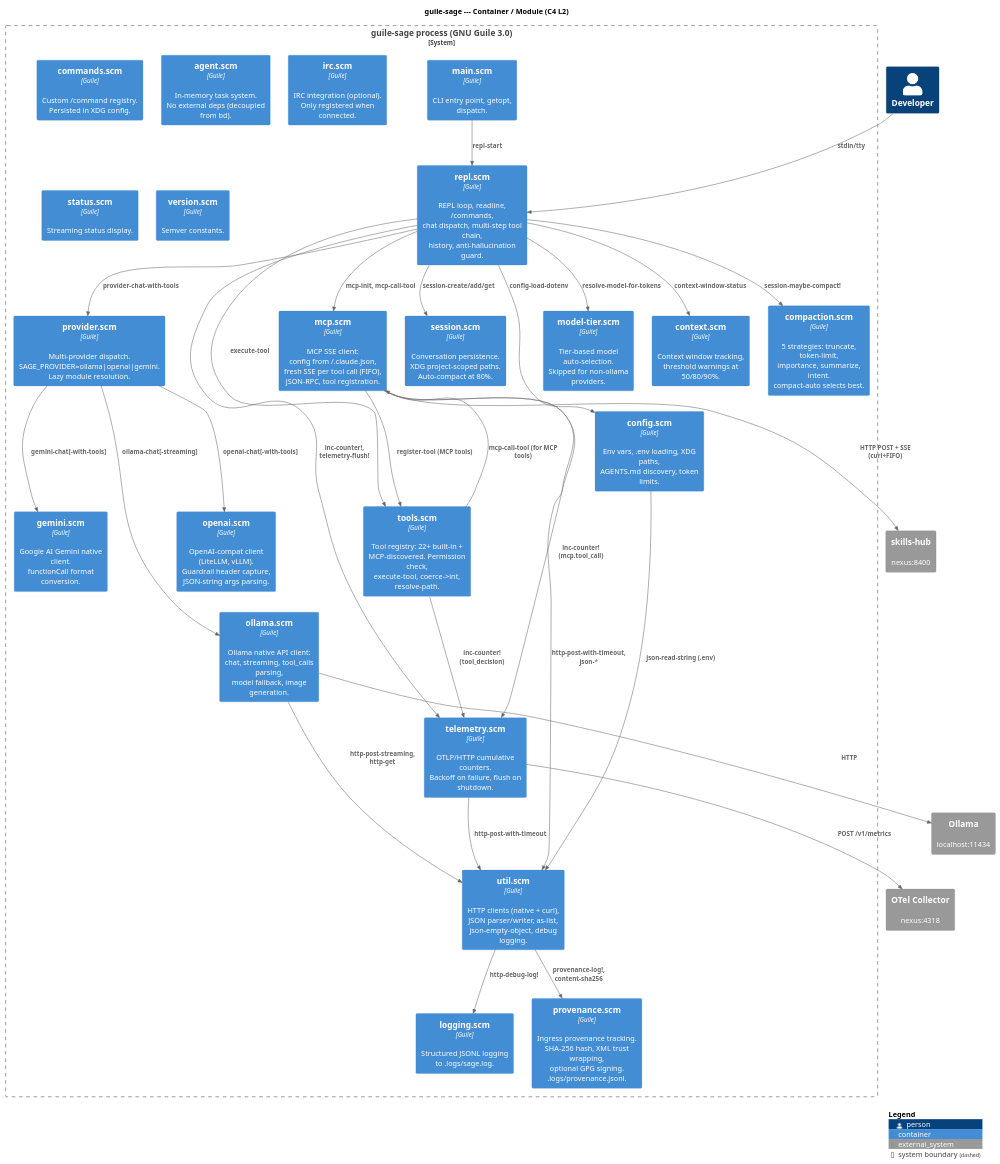
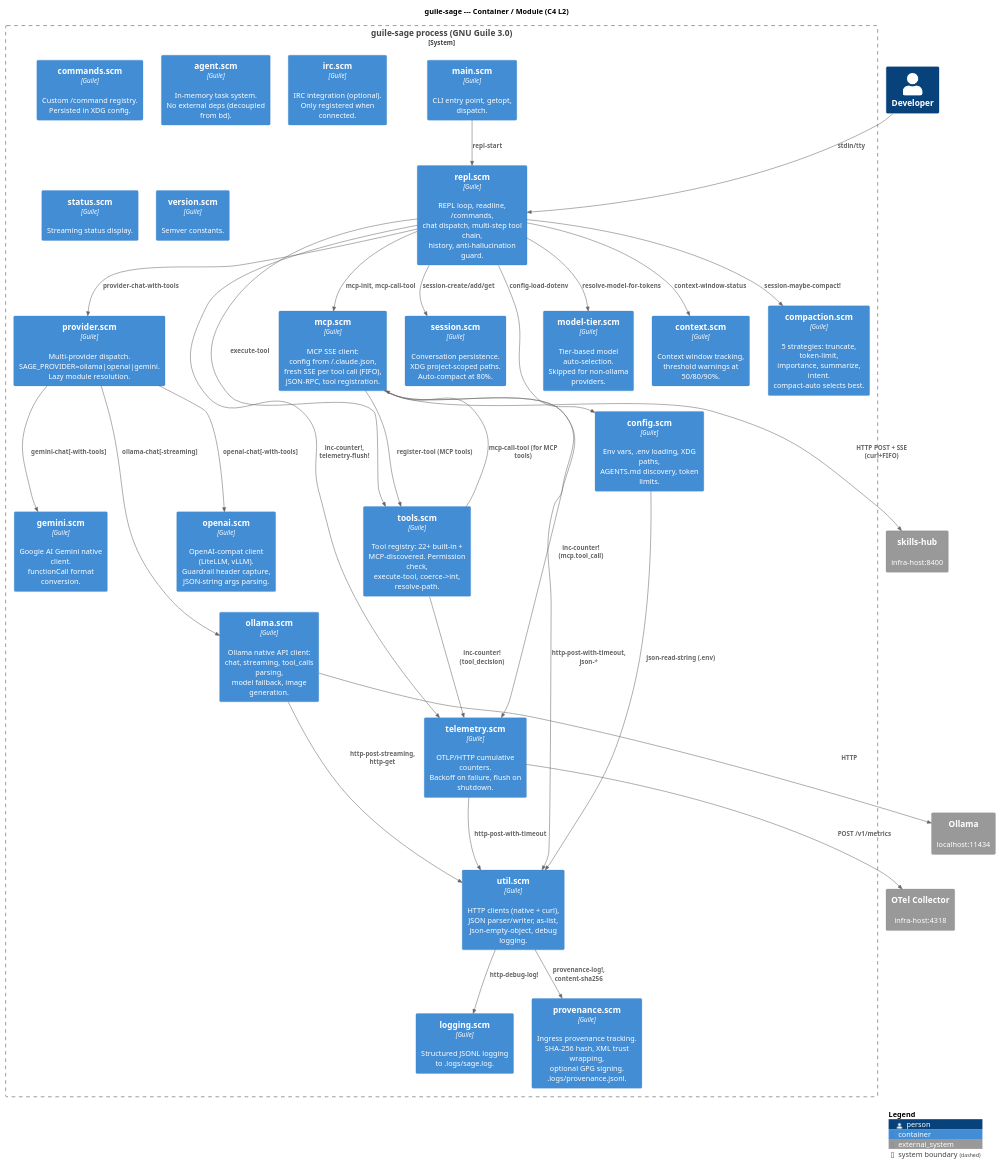
Before and after one commit to dsp-dr/guile-sage: the second of 5 diagrams in docs/ARCHITECTURE.org, drawn with PlantUML. The commit also changed other lines of this file and 17 other files, not shown here.

```diff
--- a/docs/ARCHITECTURE.org
+++ b/docs/ARCHITECTURE.org
@@ -57,69 +57,69 @@
 #+BEGIN_SRC plantuml :file images/arch-c4-l2.png
 @startuml arch-c4-l2
 !include https://raw.githubusercontent.com/plantuml-stdlib/C4-PlantUML/master/C4_Container.puml
 
 title guile-sage --- Container / Module (C4 L2)
 
 Person(user, "Developer")
 
 System_Boundary(sage, "guile-sage process (GNU Guile 3.0)") {
 
   Container(main,        "main.scm",        "Guile", "CLI entry point, getopt, dispatch.")
   Container(repl,        "repl.scm",        "Guile", "REPL loop, readline, /commands,\nchat dispatch, multi-step tool chain,\nhistory, anti-hallucination guard.")
   Container(provider,    "provider.scm",    "Guile", "Multi-provider dispatch.\nSAGE_PROVIDER=ollama|openai|gemini.\nLazy module resolution.")
   Container(ollama_mod,  "ollama.scm",      "Guile", "Ollama native API client:\nchat, streaming, tool_calls parsing,\nmodel fallback, image generation.")
   Container(openai_mod,  "openai.scm",      "Guile", "OpenAI-compat client (LiteLLM, vLLM).\nGuardrail header capture,\nJSON-string args parsing.")
   Container(gemini_mod,  "gemini.scm",      "Guile", "Google AI Gemini native client.\nfunctionCall format conversion.")
   Container(mcp_mod,     "mcp.scm",         "Guile", "MCP SSE client:\nconfig from ~/.claude.json,\nfresh SSE per tool call (FIFO),\nJSON-RPC, tool registration.")
   Container(tools_mod,   "tools.scm",       "Guile", "Tool registry: 22+ built-in +\nMCP-discovered. Permission check,\nexecute-tool, coerce->int, resolve-path.")
   Container(telem_mod,   "telemetry.scm",   "Guile", "OTLP/HTTP cumulative counters.\nBackoff on failure, flush on shutdown.")
   Container(util_mod,    "util.scm",        "Guile", "HTTP clients (native + curl),\nJSON parser/writer, as-list,\njson-empty-object, debug logging.")
   Container(session,     "session.scm",     "Guile", "Conversation persistence.\nXDG project-scoped paths.\nAuto-compact at 80%.")
   Container(config,      "config.scm",      "Guile", "Env vars, .env loading, XDG paths,\nAGENTS.md discovery, token limits.")
   Container(model_tier,  "model-tier.scm",  "Guile", "Tier-based model auto-selection.\nSkipped for non-ollama providers.")
   Container(context,     "context.scm",     "Guile", "Context window tracking,\nthreshold warnings at 50/80/90%.")
   Container(compact,     "compaction.scm",  "Guile", "5 strategies: truncate, token-limit,\nimportance, summarize, intent.\ncompact-auto selects best.")
   Container(commands,    "commands.scm",    "Guile", "Custom /command registry.\nPersisted in XDG config.")
   Container(logging,     "logging.scm",     "Guile", "Structured JSONL logging\nto .logs/sage.log.")
   Container(provenance,  "provenance.scm",  "Guile", "Ingress provenance tracking.\nSHA-256 hash, XML trust wrapping,\noptional GPG signing.\n.logs/provenance.jsonl.")
   Container(agent,       "agent.scm",       "Guile", "In-memory task system.\nNo external deps (decoupled from bd).")
   Container(irc_mod,     "irc.scm",         "Guile", "IRC integration (optional).\nOnly registered when connected.")
   Container(status,      "status.scm",      "Guile", "Streaming status display.")
   Container(version,     "version.scm",     "Guile", "Semver constants.")
 }
 
 System_Ext(ollama, "Ollama", "localhost:11434")
-System_Ext(skills_hub, "skills-hub", "nexus:8400")
-System_Ext(otel, "OTel Collector", "nexus:4318")
+System_Ext(skills_hub, "skills-hub", "infra-host:8400")
+System_Ext(otel, "OTel Collector", "infra-host:4318")
 
 Rel(user, repl, "stdin/tty")
 Rel(main, repl, "repl-start")
 Rel(repl, provider, "provider-chat-with-tools")
 Rel(provider, ollama_mod, "ollama-chat[-streaming]")
 Rel(provider, openai_mod, "openai-chat[-with-tools]")
 Rel(provider, gemini_mod, "gemini-chat[-with-tools]")
 Rel(repl, tools_mod, "execute-tool")
 Rel(repl, mcp_mod, "mcp-init, mcp-call-tool")
 Rel(repl, telem_mod, "inc-counter!, telemetry-flush!")
 Rel(repl, session, "session-create/add/get")
 Rel(repl, model_tier, "resolve-model-for-tokens")
 Rel(repl, context, "context-window-status")
 Rel(repl, compact, "session-maybe-compact!")
 Rel(repl, config, "config-load-dotenv")
 Rel(ollama_mod, util_mod, "http-post-streaming, http-get")
 Rel(mcp_mod, util_mod, "http-post-with-timeout, json-*")
 Rel(mcp_mod, tools_mod, "register-tool (MCP tools)")
 Rel(mcp_mod, telem_mod, "inc-counter! (mcp.tool_call)")
 Rel(tools_mod, telem_mod, "inc-counter! (tool_decision)")
 Rel(tools_mod, mcp_mod, "mcp-call-tool (for MCP tools)")
 Rel(telem_mod, util_mod, "http-post-with-timeout")
 Rel(config, util_mod, "json-read-string (.env)")
 Rel(util_mod, logging, "http-debug-log!")
 Rel(util_mod, provenance, "provenance-log!, content-sha256")
 Rel(ollama_mod, ollama, "HTTP")
 Rel(mcp_mod, skills_hub, "HTTP POST + SSE (curl+FIFO)")
 Rel(telem_mod, otel, "POST /v1/metrics")
 
 SHOW_LEGEND()
 @enduml
 #+END_SRC
```
